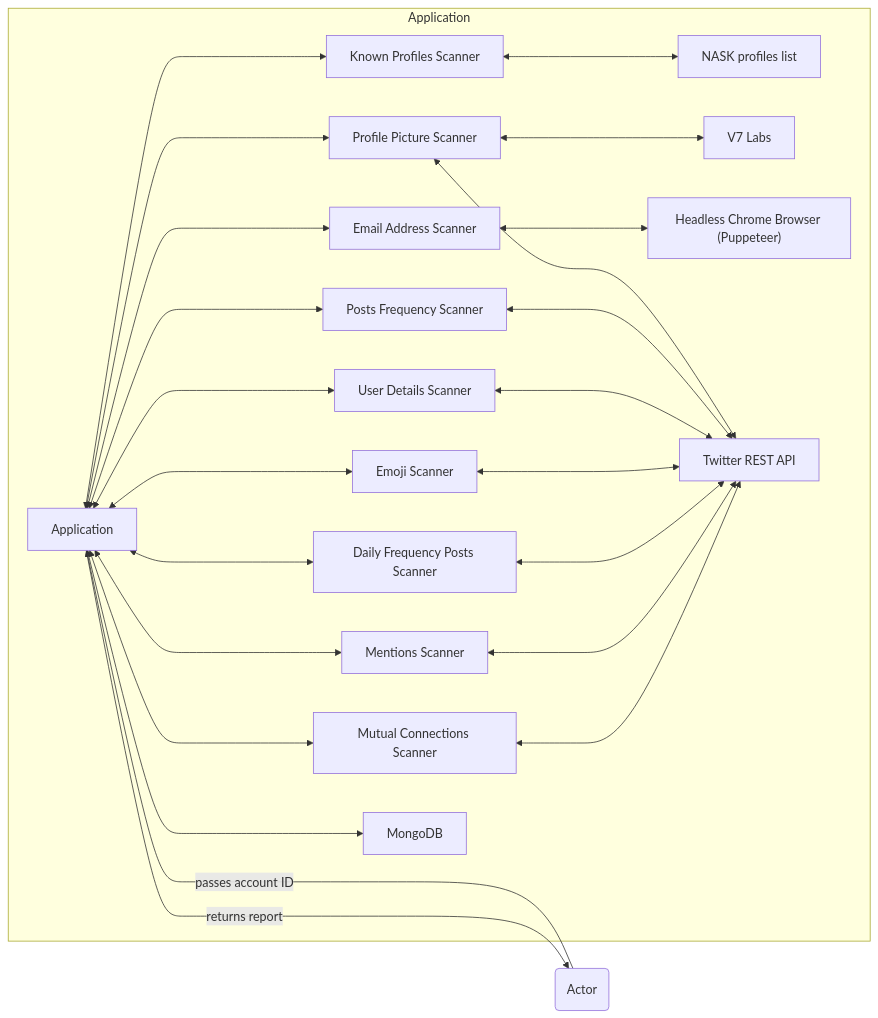
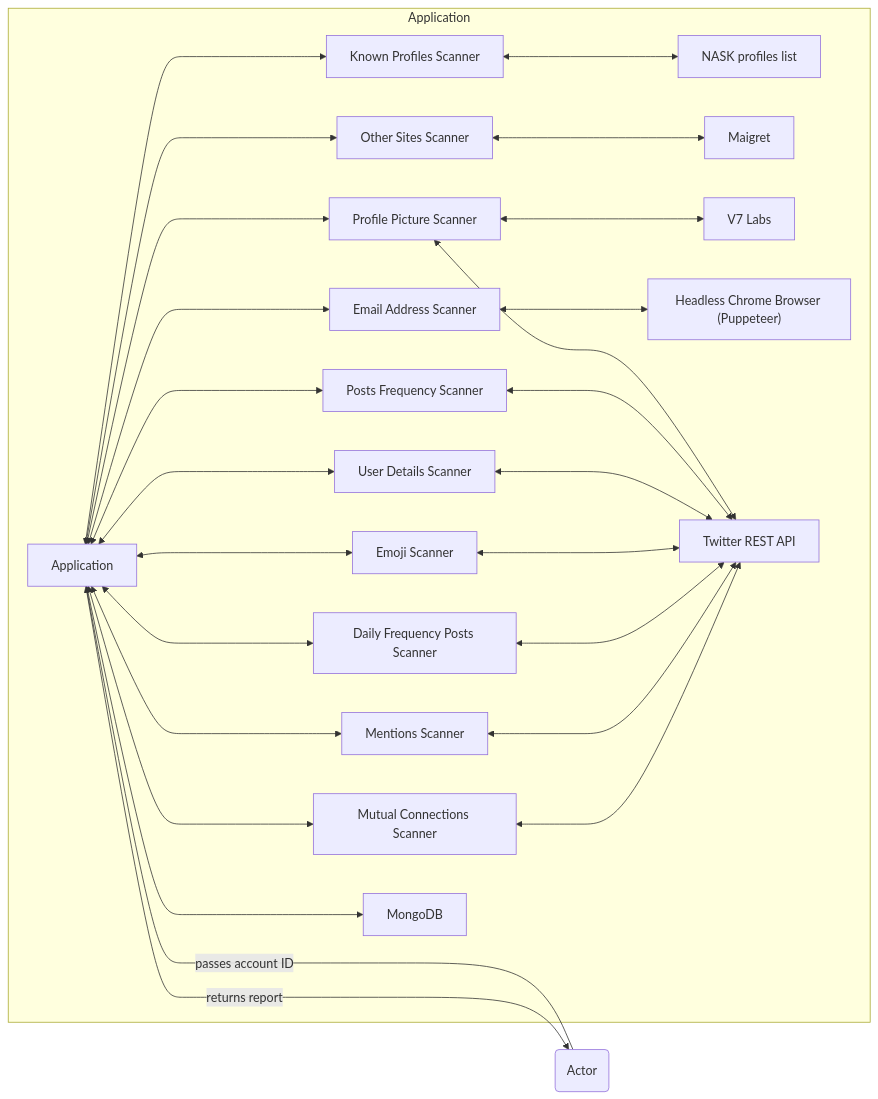
One commit to elszczepano/master-thesis-automation changed the first of 2 diagrams in README.md. Above: the diagram before and after it, drawn with Mermaid. The commit also changed other lines of this file and 4 other files, not shown here.

Commit message:
Add OtherSitesScanner to docs. Add minor improvements

````diff
--- a/README.md
+++ b/README.md
@@ -29,27 +30,29 @@
 ```mermaid
 flowchart RL
     A(Actor) -- passes account ID ----> B[Application]
     B -- returns report --> A
     subgraph Application
         C[Profile Picture Scanner] <---> B
         E[Posts Frequency Scanner] <---> B
         F[User Details Scanner] <---> B
         G[Emoji Scanner] <---> B
         K[Daily Frequency Posts Scanner]  <---> B
         L[Mentions Scanner]  <---> B
         D[Email Address Scanner] <---> B
         N[Known Profiles Scanner] <---> B
         O[NASK profiles list] <---> N
         P[Mutual Connections Scanner] <---> B
+        R[Other Sites Scanner] <---> B
+        S[Maigret] <---> R
         M[MongoDB] <---> B
         H[V7 Labs] <---> C
         I["Headless Chrome Browser (Puppeteer)"] <---> D
         J[Twitter REST API] <---> C
         J <---> E
         J <---> F
         J <---> G
         J <---> K
         J <---> L
         J <---> P
     end
 ```
````
